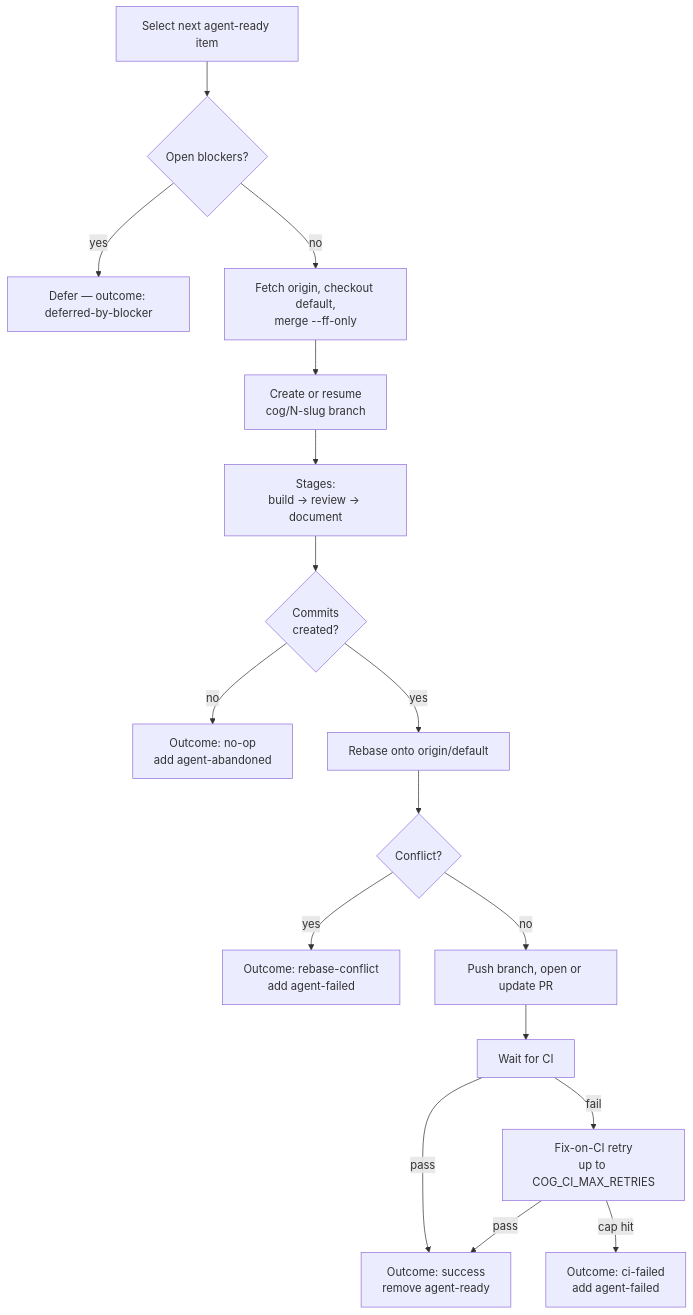
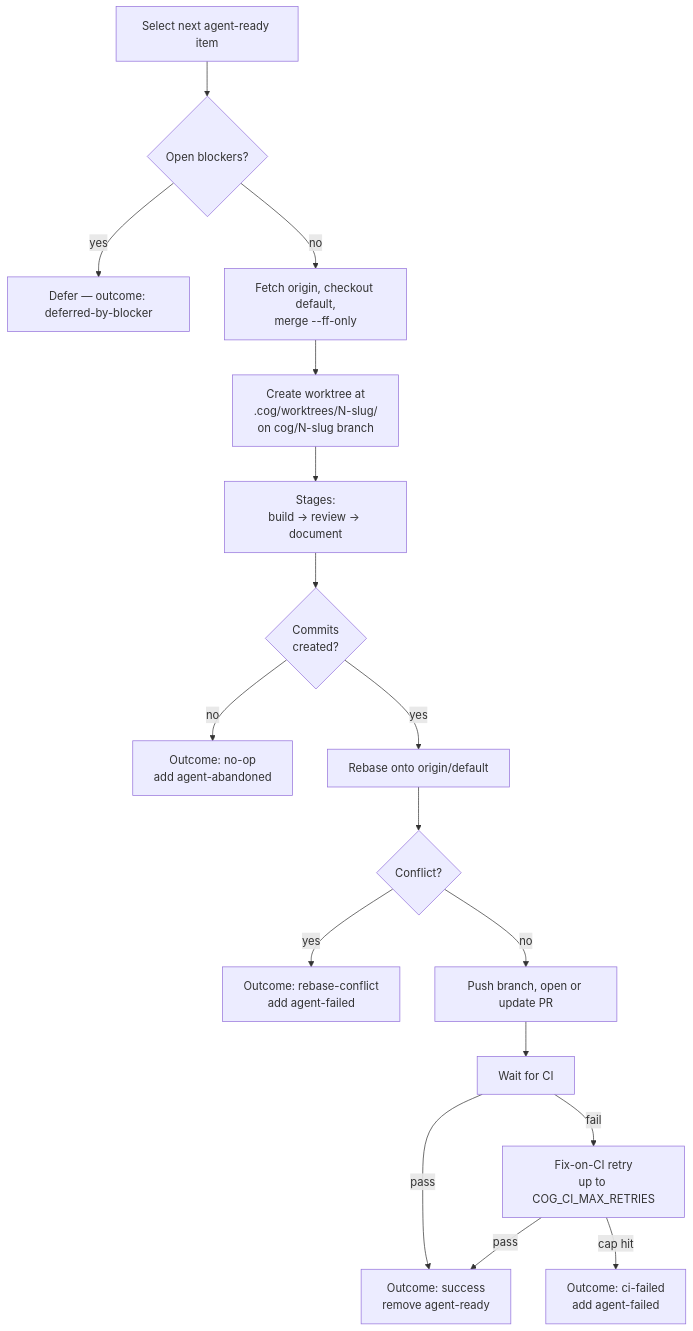
The diagram in docs/workflows/ralph.md (jessiepuls/cog), drawn with Mermaid before and after one commit. The commit also changed other lines of this file and 2 other files, not shown here.

First line of the commit message:
docs: update module layout and worktree lifecycle documentation

````diff
--- a/docs/workflows/ralph.md
+++ b/docs/workflows/ralph.md
@@ -12,19 +12,19 @@
 ```mermaid
 flowchart TD
     Select[Select next agent-ready item] --> Blockers{Open blockers?}
     Blockers -->|yes| Defer[Defer — outcome: deferred-by-blocker]
     Blockers -->|no| Prep[Fetch origin, checkout default,<br/>merge --ff-only]
-    Prep --> Branch[Create or resume<br/>cog/N-slug branch]
+    Prep --> Branch[Create worktree at<br/>.cog/worktrees/N-slug/<br/>on cog/N-slug branch]
     Branch --> Stages[Stages:<br/>build → review → document]
     Stages --> Commits{Commits<br/>created?}
     Commits -->|no| Noop[Outcome: no-op<br/>add agent-abandoned]
     Commits -->|yes| Rebase[Rebase onto origin/default]
     Rebase --> Conflict{Conflict?}
     Conflict -->|yes| RebaseErr[Outcome: rebase-conflict<br/>add agent-failed]
     Conflict -->|no| Push[Push branch, open or update PR]
     Push --> CI[Wait for CI]
     CI -->|pass| Success[Outcome: success<br/>remove agent-ready]
     CI -->|fail| FixLoop[Fix-on-CI retry<br/>up to COG_CI_MAX_RETRIES]
     FixLoop -->|pass| Success
     FixLoop -->|cap hit| CIFailed[Outcome: ci-failed<br/>add agent-failed]
 ```
````
